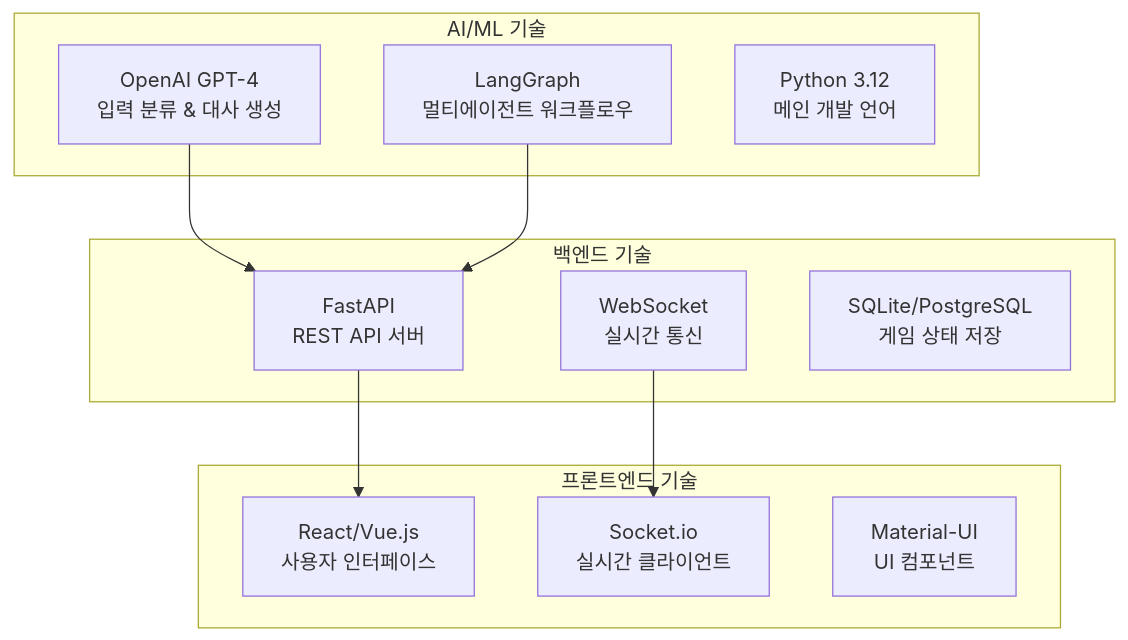
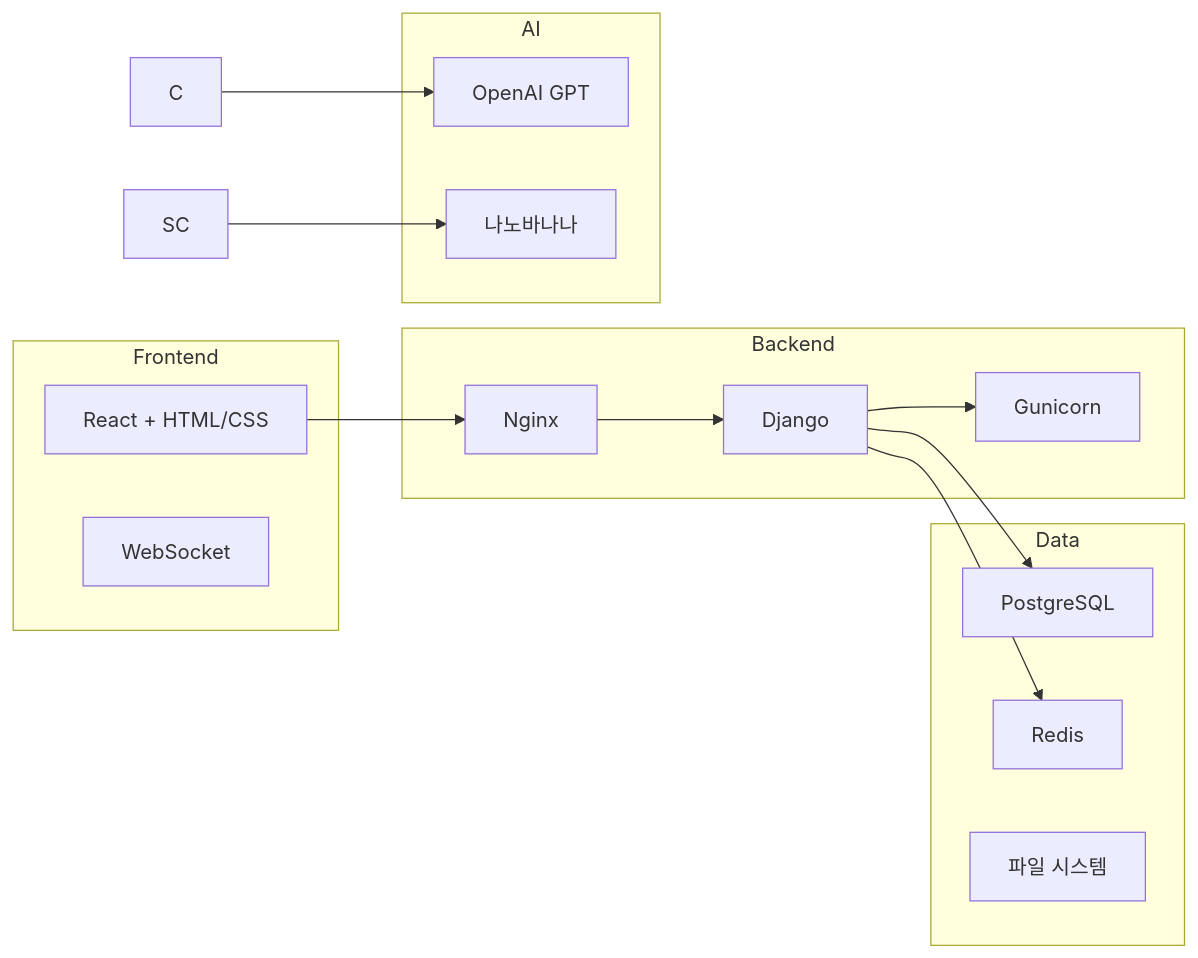
Before and after one commit to SKNETWORKS-FAMILY-AICAMP/SKN15-FINAL-5TEAM: the seventh of 7 diagrams in documents/in_progress/system-architecture.md, drawn with Mermaid. The commit also changed other lines of this file, not shown here.

````diff
--- a/documents/in_progress/system-architecture.md
+++ b/documents/in_progress/system-architecture.md
@@ -363,25 +179,29 @@
 ```mermaid
-graph TB
-    subgraph "AI/ML 기술"
-        A1[OpenAI GPT-4<br/>입력 분류 & 대사 생성]
-        A2[LangGraph<br/>멀티에이전트 워크플로우]
-        A3[Python 3.12<br/>메인 개발 언어]
-    end
-    
-    subgraph "백엔드 기술"
-        B1[FastAPI<br/>REST API 서버]
-        B2[WebSocket<br/>실시간 통신]
-        B3[SQLite/PostgreSQL<br/>게임 상태 저장]
-    end
-    
-    subgraph "프론트엔드 기술"
-        C1[React/Vue.js<br/>사용자 인터페이스]
-        C2[Socket.io<br/>실시간 클라이언트]
-        C3[Material-UI<br/>UI 컴포넌트]
-    end
-    
-    A1 --> B1
-    A2 --> B1
-    B1 --> C1
-    B2 --> C2
-```
+graph LR
+  subgraph Backend
+    DJ[Django]
+    GN[Gunicorn]
+    NG[Nginx]
+  end
+  subgraph Frontend
+    RE[React + HTML/CSS]
+    WS[WebSocket]
+  end
+  subgraph AI
+    OA[OpenAI GPT]
+    NB[나노바나나]
+  end
+  subgraph Data
+    PG[PostgreSQL]
+    RD[Redis]
+    FS[파일 시스템]
+  end
+
+  RE --> NG
+  NG --> DJ
+  DJ --> GN
+  DJ --> PG
+  DJ --> RD
+  SC --> NB
+  C --> OA
+```  
````
